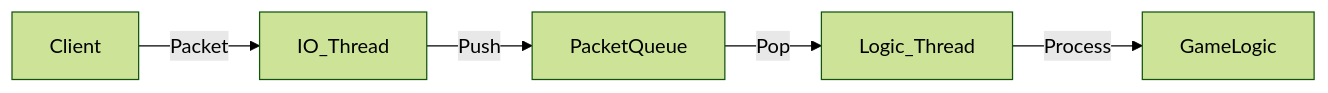
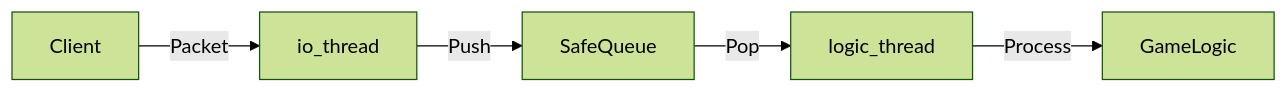
The diagram in Week20/README.md (pargame/Cpp_Study), drawn with Mermaid (forest theme) before and after one commit. The commit also changed other lines of this file and 34 other files, not shown here.

````diff
--- a/Week20/README.md
+++ b/Week20/README.md
@@ -20,7 +72,7 @@
 ```mermaid
 graph LR
-    Client -->|Packet| IO_Thread
-    IO_Thread -->|Push| PacketQueue
-    PacketQueue -->|Pop| Logic_Thread
-    Logic_Thread -->|Process| GameLogic
+    Client -->|Packet| io_thread
+    io_thread -->|Push| SafeQueue
+    SafeQueue -->|Pop| logic_thread
+    logic_thread -->|Process| GameLogic
 ```
````
